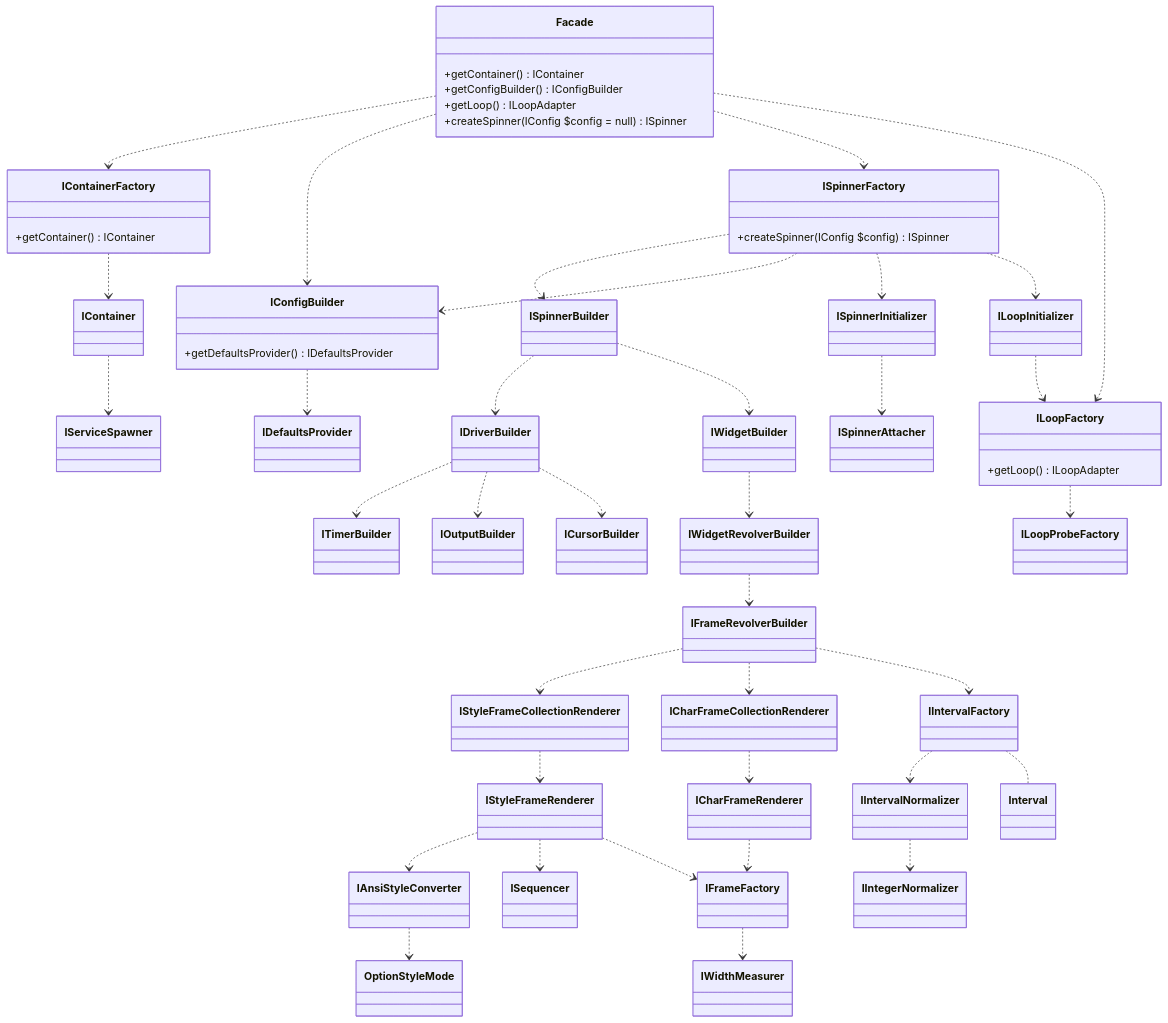
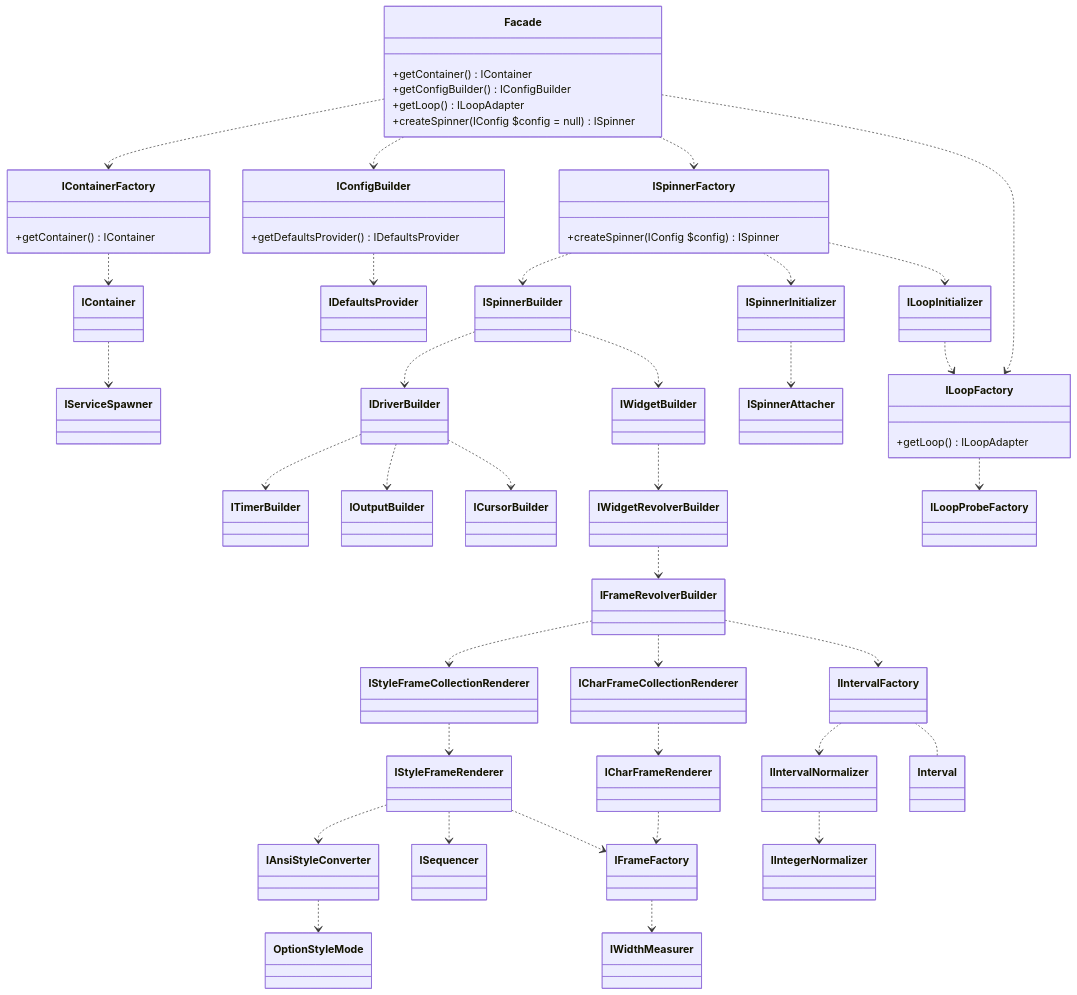
The diagram in doc/info/chart/services.md (alecrabbit/php-console-spinner), drawn with Mermaid before and after one commit. The commit also changed 14 other files, not shown here.

```diff
--- a/doc/info/chart/services.md
+++ b/doc/info/chart/services.md
@@ -25,7 +25,6 @@
     IContainer ..> IServiceSpawner
 
     ISpinnerFactory ..> ISpinnerBuilder
-    ISpinnerFactory ..> IConfigBuilder
     ISpinnerFactory ..> ISpinnerInitializer
     ISpinnerFactory ..> ILoopInitializer
 
```
